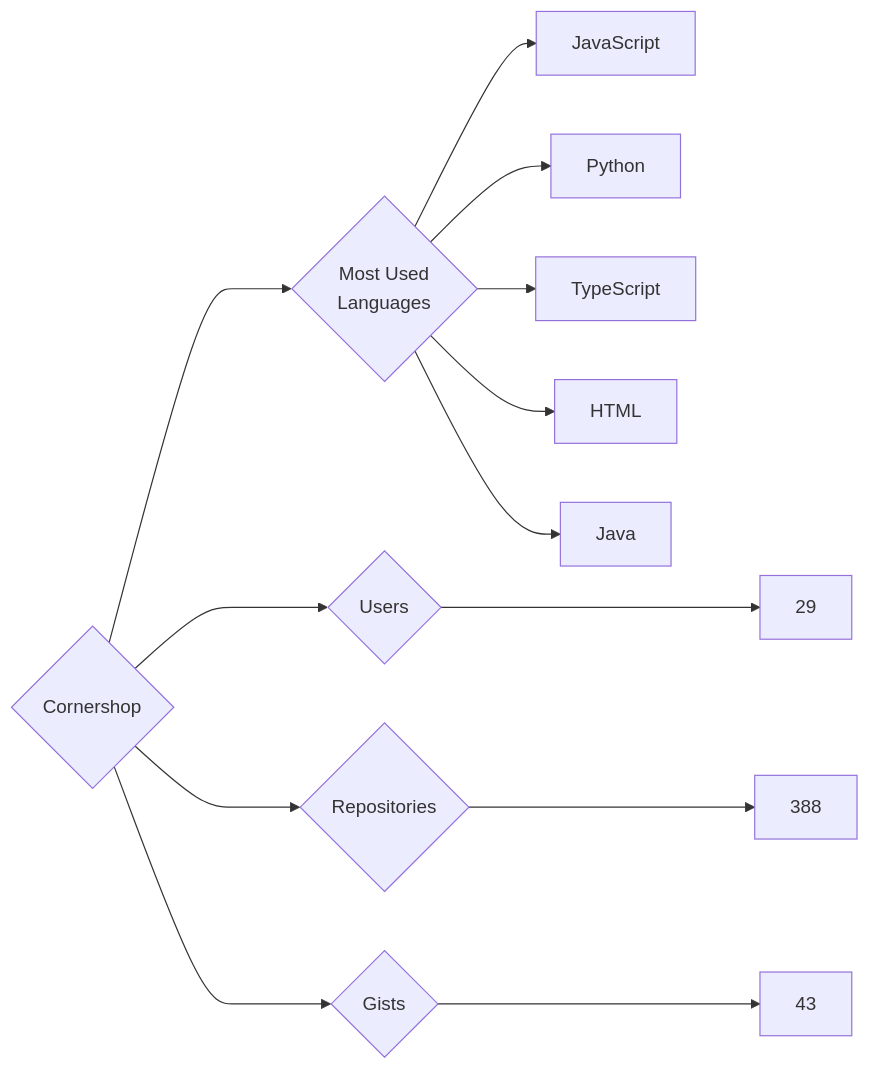
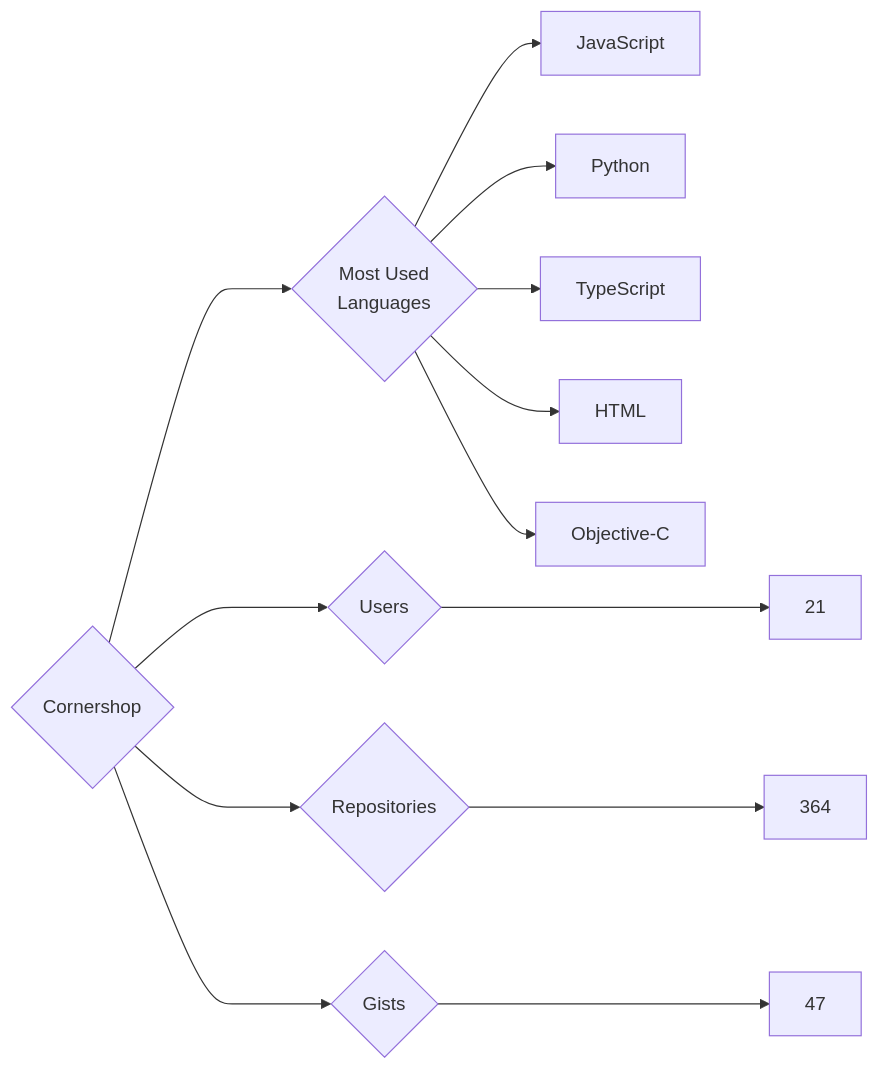
The diagram in targets/Cornershop/README.md (trickest/insiders), drawn with Mermaid before and after one commit. The commit also changed 1314 other files, not shown here.

````diff
--- a/targets/Cornershop/README.md
+++ b/targets/Cornershop/README.md
@@ -3,13 +3,13 @@
 ```mermaid
 graph LR
 COMPANY_NAME{Cornershop}
-COMPANY_NAME ---> U{Users} ---> UN[29]
-COMPANY_NAME ---> R{Repositories} ---> RN[388]
-COMPANY_NAME ---> G{Gists} ---> GN[43]
+COMPANY_NAME ---> U{Users} ---> UN[21]
+COMPANY_NAME ---> R{Repositories} ---> RN[364]
+COMPANY_NAME ---> G{Gists} ---> GN[47]
 COMPANY_NAME ---> ML{Most Used<br>Languages}
 ML --> JavaScript[JavaScript]
 ML --> Python[Python]
 ML --> TypeScript[TypeScript]
 ML --> HTML[HTML]
-ML --> Java[Java]
+ML --> Objective-C[Objective-C]
 ```
````
